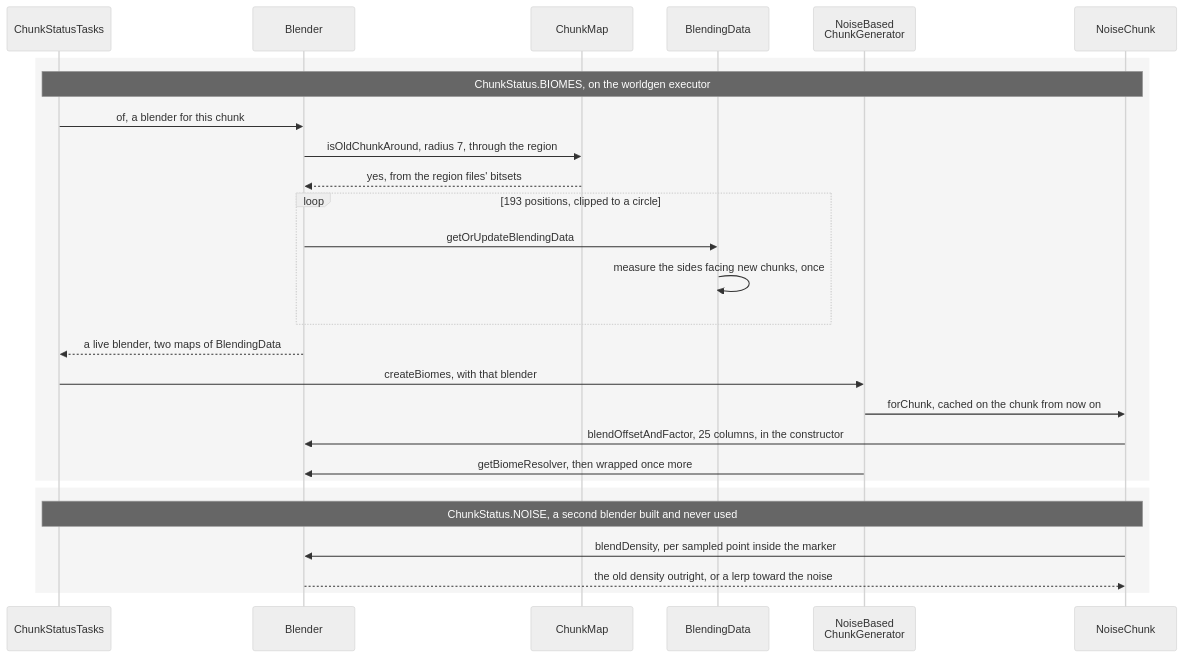
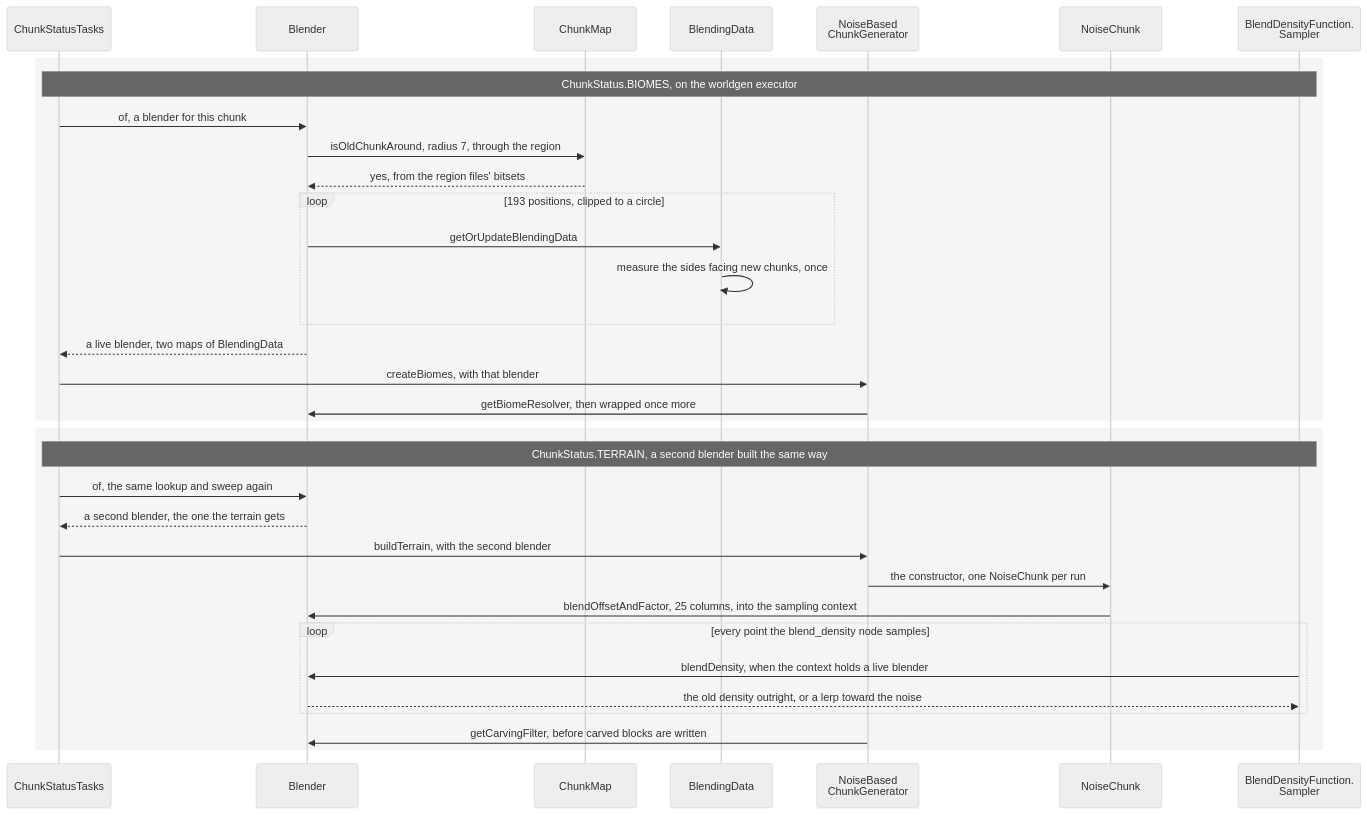
One commit to AlexanderjFraser/MinecraftDocs changed the second of 2 diagrams in src/systems/worldgen/blending.md. Above: the diagram before and after it, drawn with Mermaid (neutral theme). The commit also changed other lines of this file and 68 other files, not shown here.

````diff
--- a/src/systems/worldgen/blending.md
+++ b/src/systems/worldgen/blending.md
@@ -183,30 +182,37 @@
 ```mermaid
 sequenceDiagram
     participant CST as ChunkStatusTasks
     participant Blender as Blender
     participant CM as ChunkMap
     participant BD as BlendingData
     participant NBC as NoiseBased<br/>ChunkGenerator
     participant NC as NoiseChunk
+    participant BDFS as BlendDensityFunction.<br/>Sampler
 
     rect rgba(0, 0, 0, 0.04)
-    Note over CST,NC: ChunkStatus.BIOMES, on the worldgen executor
+    Note over CST,BDFS: ChunkStatus.BIOMES, on the worldgen executor
     CST->>Blender: of, a blender for this chunk
     Blender->>CM: isOldChunkAround, radius 7, through the region
     CM-->>Blender: yes, from the region files' bitsets
     loop 193 positions, clipped to a circle
         Blender->>BD: getOrUpdateBlendingData
         BD->>BD: measure the sides facing new chunks, once
     end
     Blender-->>CST: a live blender, two maps of BlendingData
     CST->>NBC: createBiomes, with that blender
-    NBC->>NC: forChunk, cached on the chunk from now on
-    NC->>Blender: blendOffsetAndFactor, 25 columns, in the constructor
     NBC->>Blender: getBiomeResolver, then wrapped once more
     end
     rect rgba(0, 0, 0, 0.04)
-    Note over CST,NC: ChunkStatus.NOISE, a second blender built and never used
-    NC->>Blender: blendDensity, per sampled point inside the marker
-    Blender-->>NC: the old density outright, or a lerp toward the noise
+    Note over CST,BDFS: ChunkStatus.TERRAIN, a second blender built the same way
+    CST->>Blender: of, the same lookup and sweep again
+    Blender-->>CST: a second blender, the one the terrain gets
+    CST->>NBC: buildTerrain, with the second blender
+    NBC->>NC: the constructor, one NoiseChunk per run
+    NC->>Blender: blendOffsetAndFactor, 25 columns, into the sampling context
+    loop every point the blend_density node samples
+        BDFS->>Blender: blendDensity, when the context holds a live blender
+        Blender-->>BDFS: the old density outright, or a lerp toward the noise
+    end
+    NBC->>Blender: getCarvingFilter, before carved blocks are written
     end
 ```
````
